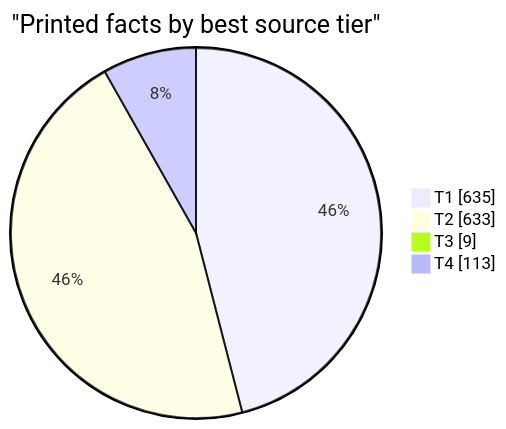
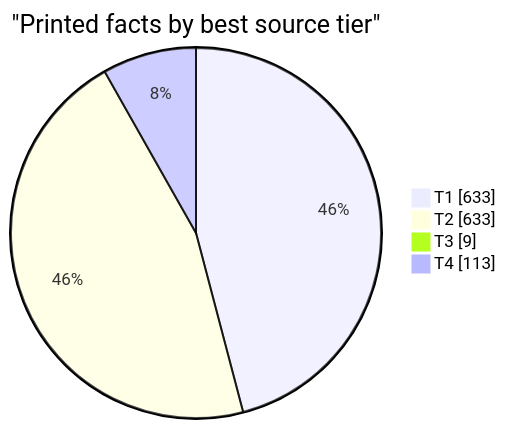
One commit to EU27-data-sovereignty/eu27-data-sovereignty changed the second of 5 diagrams in docs/evidence.md. Above: the diagram before and after it, drawn with Mermaid. The commit also changed other lines of this file and 45 other files, not shown here.

````diff
--- a/docs/evidence.md
+++ b/docs/evidence.md
@@ -36,8 +36,8 @@
 ```mermaid
 pie showData
   title "Printed facts by best source tier"
-  "T1" : 635
+  "T1" : 633
   "T2" : 633
   "T3" : 9
   "T4" : 113
 ```
````
